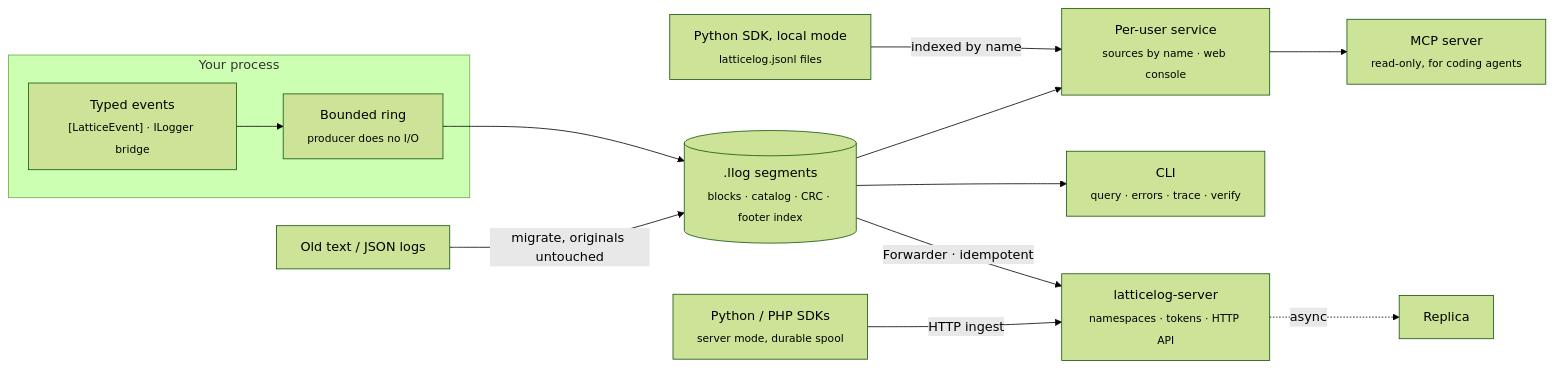
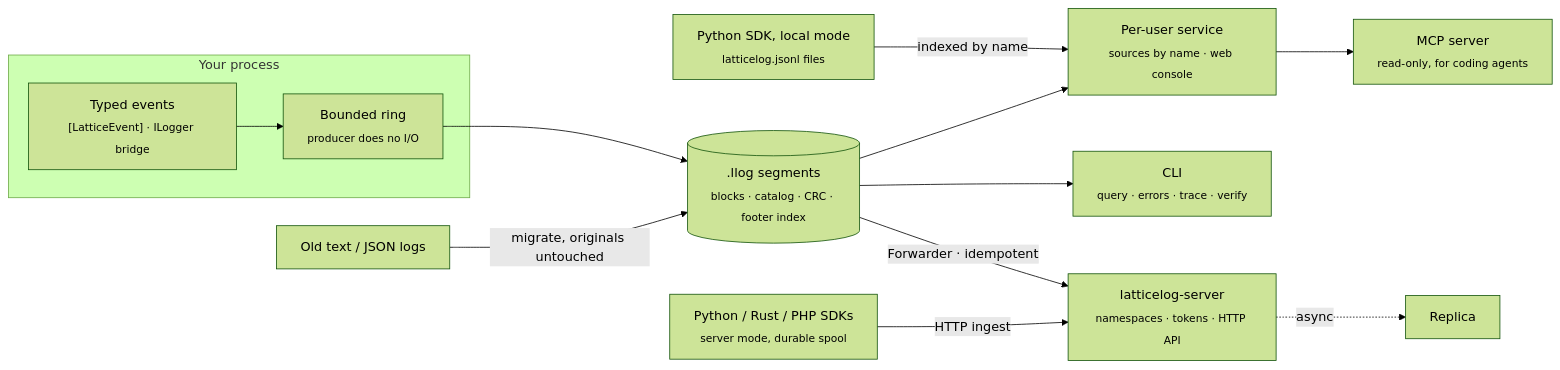
One commit to lreyesm1999/LatticeLog changed the diagram in README.md. Above: the diagram before and after it, drawn with Mermaid (forest theme). The commit also changed other lines of this file and 36 other files, not shown here.

First line of the commit message:
Rust SDK: local folders found by name and shipping to latticelog-server (P21) (#32)

````diff
--- a/README.md
+++ b/README.md
@@ -207,15 +207,15 @@
 ```mermaid
 flowchart LR
     subgraph app["Your process"]
       A["Typed events<br/><sub>[LatticeEvent] · ILogger bridge</sub>"] --> Q["Bounded ring<br/><sub>producer does no I/O</sub>"]
     end
     Q --> S[(".llog segments<br/><sub>blocks · catalog · CRC · footer index</sub>")]
     PY["Python SDK, local mode<br/><sub>latticelog.jsonl files</sub>"] -->|indexed by name| SVC
     T["Old text / JSON logs"] -->|migrate, originals untouched| S
     S --> CLI["CLI<br/><sub>query · errors · trace · verify</sub>"]
     S --> SVC["Per-user service<br/><sub>sources by name · web console</sub>"]
     SVC --> MCP["MCP server<br/><sub>read-only, for coding agents</sub>"]
     S -->|Forwarder · idempotent| SRV["latticelog-server<br/><sub>namespaces · tokens · HTTP API</sub>"]
     SRV -.->|async| R["Replica"]
-    PH["Python / PHP SDKs<br/><sub>server mode, durable spool</sub>"] -->|HTTP ingest| SRV
+    PH["Python / Rust / PHP SDKs<br/><sub>server mode, durable spool</sub>"] -->|HTTP ingest| SRV
 ```
````
